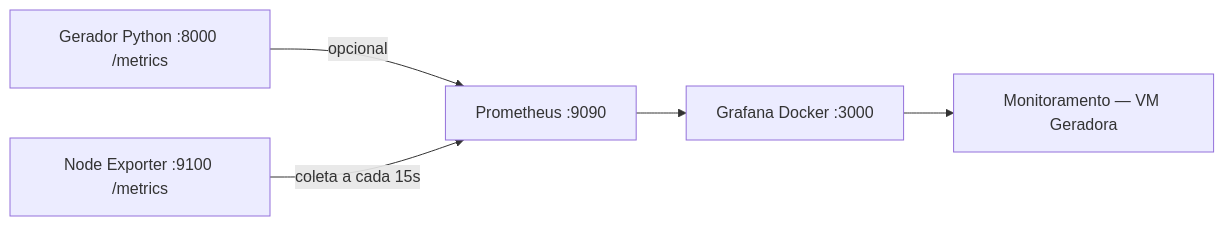
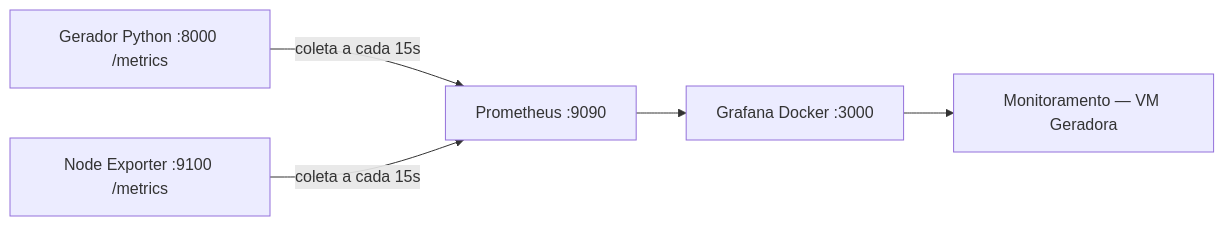
The diagram in monitoring/README.md (MarcosVhynycyus/PI-DataScience), drawn with Mermaid before and after one commit. The commit also changed other lines of this file and 18 other files, not shown here.

````diff
--- a/monitoring/README.md
+++ b/monitoring/README.md
@@ -23,7 +21,7 @@
 ```mermaid
 flowchart LR
-    G[Gerador Python :8000 /metrics] -->|opcional| P[Prometheus :9090]
+    G[Gerador Python :8000 /metrics] -->|coleta a cada 15s| P[Prometheus :9090]
     N[Node Exporter :9100 /metrics] -->|coleta a cada 15s| P
     P --> F[Grafana Docker :3000]
     F --> D[Monitoramento — VM Geradora]
 ```
````
